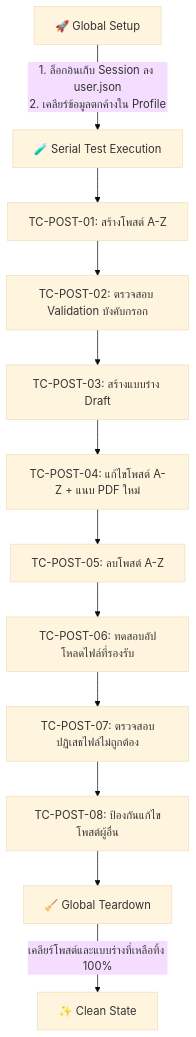
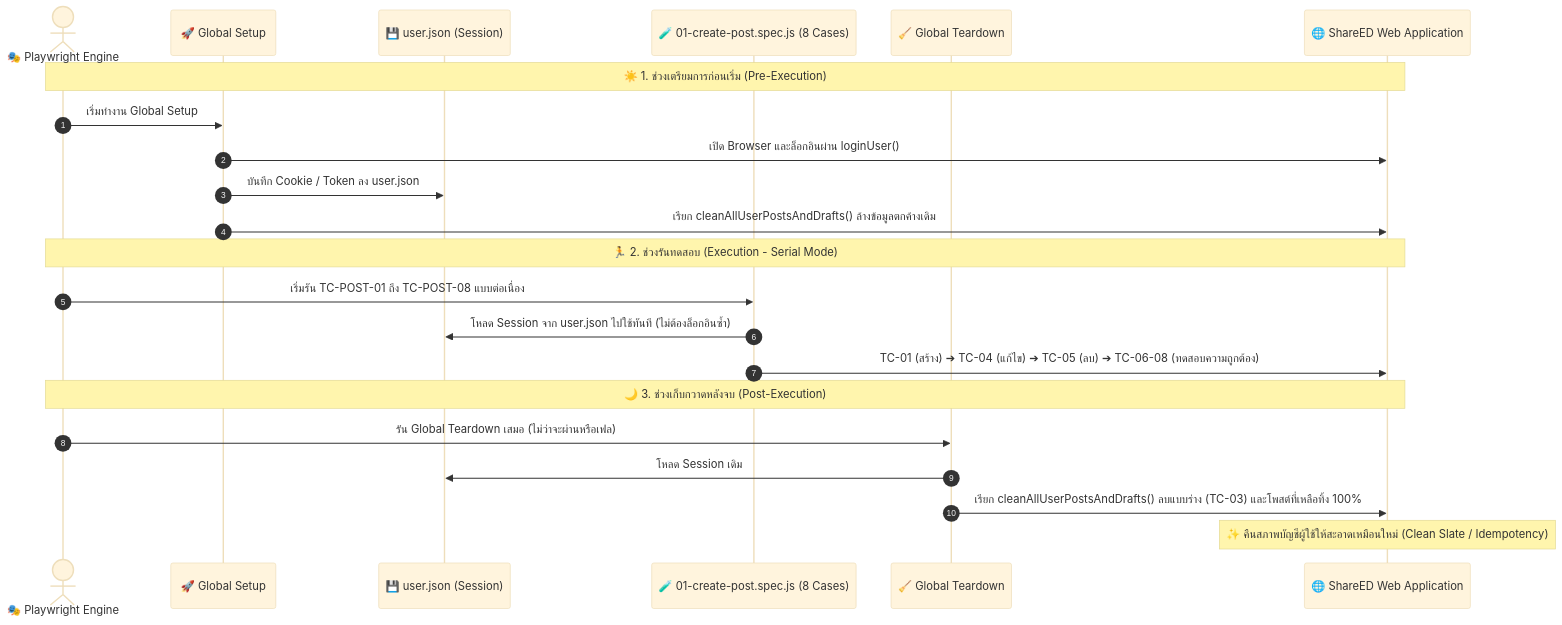
One commit to eyejangg/Testing-ShareED-Automate changed the diagram in README.md. Above: the diagram before and after it, drawn with Mermaid (base theme). The commit also changed other lines of this file and 1 other file, not shown here.

Commit message:
docs: format and synchronize playwright.md and README.md with complete architecture and test details

````diff
--- a/README.md
+++ b/README.md
@@ -24,14 +30,27 @@
 ```mermaid
-flowchart TD
-    A[🚀 Global Setup] -->|1. ล็อกอินเก็บ Session ลง user.json<br>2. เคลียร์ข้อมูลตกค้างใน Profile| B[🧪 Serial Test Execution]
-    B --> TC1[TC-POST-01: สร้างโพสต์ A-Z]
-    TC1 --> TC2[TC-POST-02: ตรวจสอบ Validation บังคับกรอก]
-    TC2 --> TC3[TC-POST-03: สร้างแบบร่าง Draft]
-    TC3 --> TC4[TC-POST-04: แก้ไขโพสต์ A-Z + แนบ PDF ใหม่]
-    TC4 --> TC5[TC-POST-05: ลบโพสต์ A-Z]
-    TC5 --> TC6[TC-POST-06: ทดสอบอัปโหลดไฟล์ที่รองรับ]
-    TC6 --> TC7[TC-POST-07: ตรวจสอบปฏิเสธไฟล์ไม่ถูกต้อง]
-    TC7 --> TC8[TC-POST-08: ป้องกันแก้ไขโพสต์ผู้อื่น]
-    TC8 --> C[🧹 Global Teardown]
-    C -->|เคลียร์โพสต์และแบบร่างที่เหลือทิ้ง 100%| D[✨ Clean State]
+sequenceDiagram
+    autonumber
+    actor Playwright as 🎭 Playwright Engine
+    participant Setup as 🚀 Global Setup
+    participant Auth as 💾 user.json (Session)
+    participant Tests as 🧪 01-create-post.spec.js (8 Cases)
+    participant Teardown as 🧹 Global Teardown
+    participant Web as 🌐 ShareED Web Application
+
+    Note over Playwright,Web: ☀️ 1. ช่วงเตรียมการก่อนเริ่ม (Pre-Execution)
+    Playwright->>Setup: เริ่มทำงาน Global Setup
+    Setup->>Web: เปิด Browser และล็อกอินผ่าน loginUser()
+    Setup->>Auth: บันทึก Cookie / Token ลง user.json
+    Setup->>Web: เรียก cleanAllUserPostsAndDrafts() ล้างข้อมูลตกค้างเดิม
+
+    Note over Playwright,Web: 🏃 2. ช่วงรันทดสอบ (Execution - Serial Mode)
+    Playwright->>Tests: เริ่มรัน TC-POST-01 ถึง TC-POST-08 แบบต่อเนื่อง
+    Tests->>Auth: โหลด Session จาก user.json ไปใช้ทันที (ไม่ต้องล็อกอินซ้ำ)
+    Tests->>Web: TC-01 (สร้าง) ➔ TC-04 (แก้ไข) ➔ TC-05 (ลบ) ➔ TC-06-08 (ทดสอบความถูกต้อง)
+
+    Note over Playwright,Web: 🌙 3. ช่วงเก็บกวาดหลังจบ (Post-Execution)
+    Playwright->>Teardown: รัน Global Teardown เสมอ (ไม่ว่าจะผ่านหรือเฟล)
+    Teardown->>Auth: โหลด Session เดิม
+    Teardown->>Web: เรียก cleanAllUserPostsAndDrafts() ลบแบบร่าง (TC-03) และโพสต์ที่เหลือทิ้ง 100%
+    Note over Web: ✨ คืนสภาพบัญชีผู้ใช้ให้สะอาดเหมือนใหม่ (Clean Slate / Idempotency)
 ```
````
